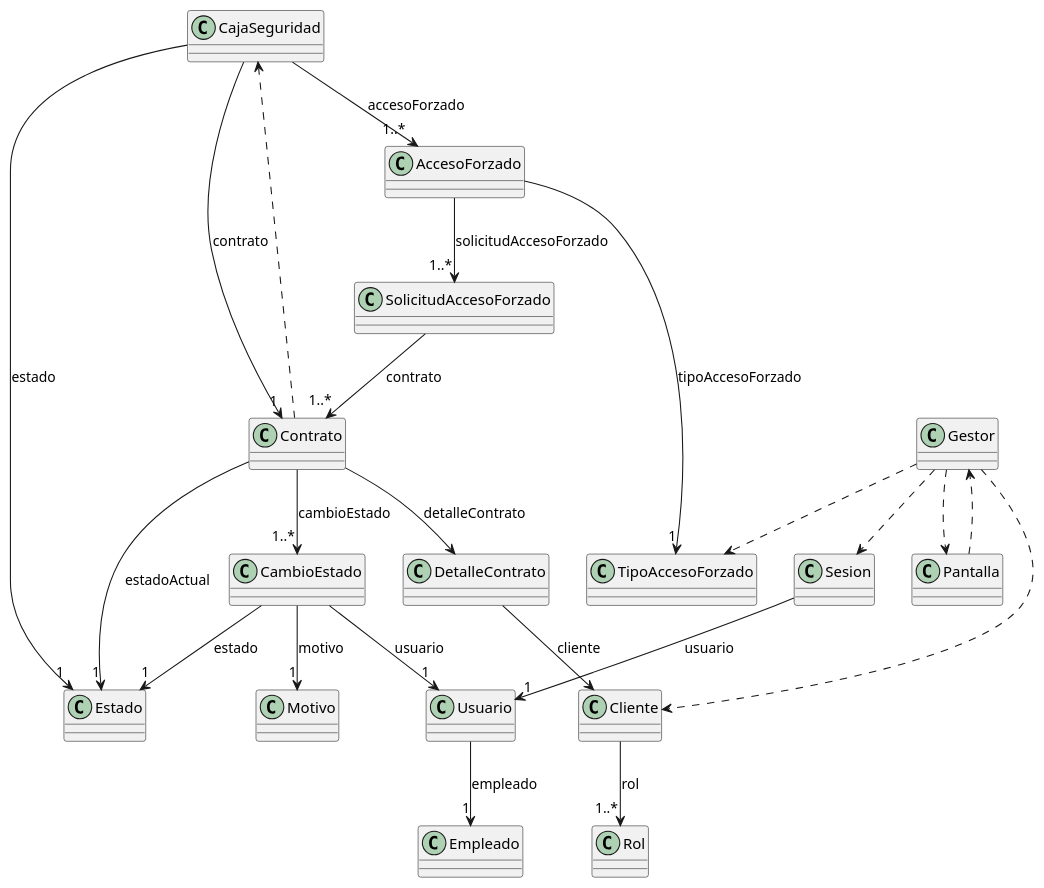
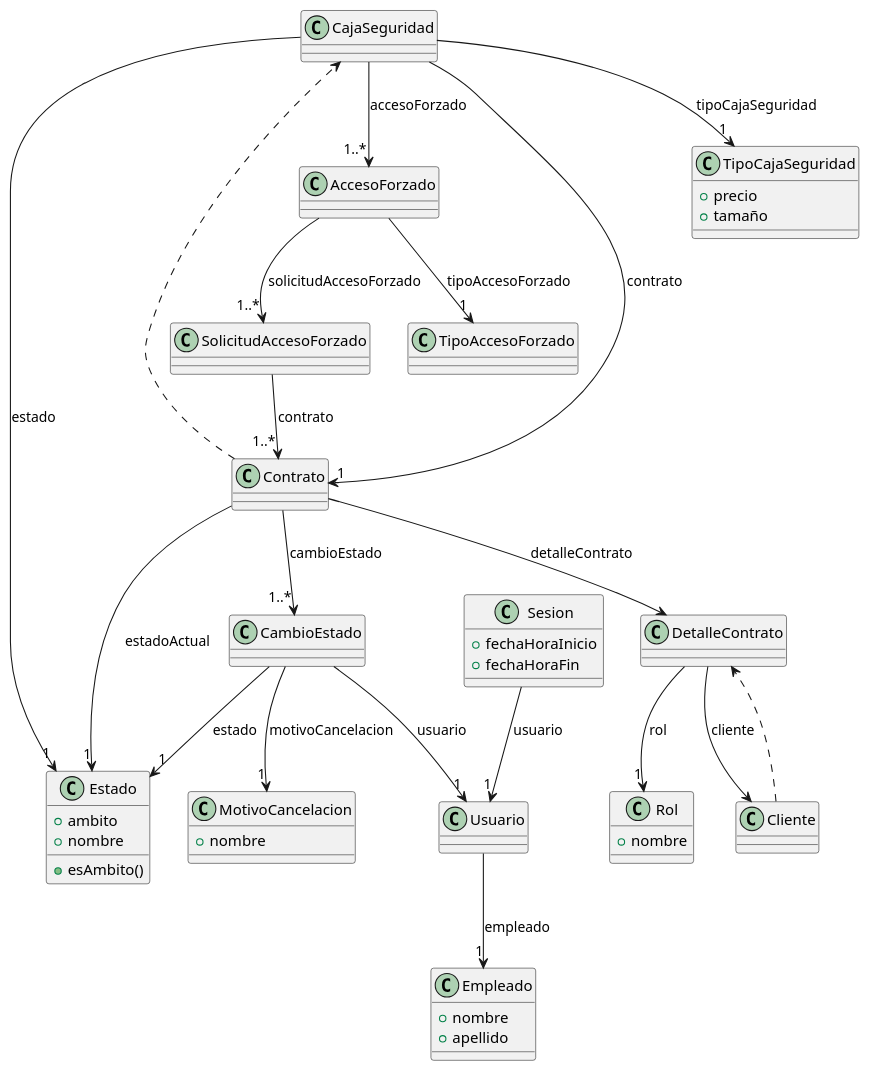
The diagram in PreParciales/Parcial/clases.puml (IgnacioSala20/Diagramas), drawn with PlantUML before and after one commit.

Commit message:
correccion clase

```diff
--- a/PreParciales/Parcial/clases.puml
+++ b/PreParciales/Parcial/clases.puml
@@ -1,66 +1,81 @@
 @startuml clase 
 
 class CajaSeguridad{}
 
 
 class AccesoForzado{}
 
 class Cliente{}
 
-class Rol{}
+class Rol{
+    +nombre
+
+}
 
 class Contrato{}
 
-class Estado{}
+class Estado{
+    +ambito
+    +nombre
+    +esAmbito()
+}
 class CambioEstado{}
 
 class SolicitudAccesoForzado{}
 
 class TipoAccesoForzado{}
 
-class Sesion{}
+class Sesion{
+    +fechaHoraInicio
+    +fechaHoraFin
+}
 class Usuario{}
 
-class Empleado{}
-class Motivo{}
-class Gestor {}
-class Pantalla {}
+class Empleado{
+    +nombre
+    +apellido
+}
+class MotivoCancelacion{
+    +nombre
+}
 class DetalleContrato{}
+class TipoCajaSeguridad{
+    +precio 
+    +tamaño
+}
 
+
+CajaSeguridad --> "1" TipoCajaSeguridad : tipoCajaSeguridad
 Contrato --> DetalleContrato : detalleContrato
 
 DetalleContrato --> Cliente : cliente
 Sesion --> "1" Usuario : usuario
 
 Usuario --> "1" Empleado : empleado
 
 AccesoForzado --> "1" TipoAccesoForzado : tipoAccesoForzado
 
-Cliente --> "1..*" Rol : rol
+DetalleContrato --> "1" Rol : rol
 
 CambioEstado --> "1" Estado : estado
 Contrato --> "1" Estado : estadoActual
 
 Contrato --> "1..*" CambioEstado : cambioEstado
 
 CajaSeguridad --> "1" Contrato : contrato
 
 CajaSeguridad --> "1" Estado : estado
 CajaSeguridad --> "1..*" AccesoForzado : accesoForzado
 
 
 
 Contrato ..> CajaSeguridad
-Gestor ..> TipoAccesoForzado 
-Gestor ..> Pantalla
-Pantalla ..> Gestor
 
 CambioEstado --> "1" Usuario: usuario
 AccesoForzado --> "1..*" SolicitudAccesoForzado: solicitudAccesoForzado 
-Gestor ..> Cliente
-Gestor ..> Sesion
 
 SolicitudAccesoForzado --> "1..*" Contrato : contrato
 
-CambioEstado --> "1" Motivo : motivo
+CambioEstado --> "1" MotivoCancelacion : motivoCancelacion
+Cliente ..> DetalleContrato
 @enduml
```
